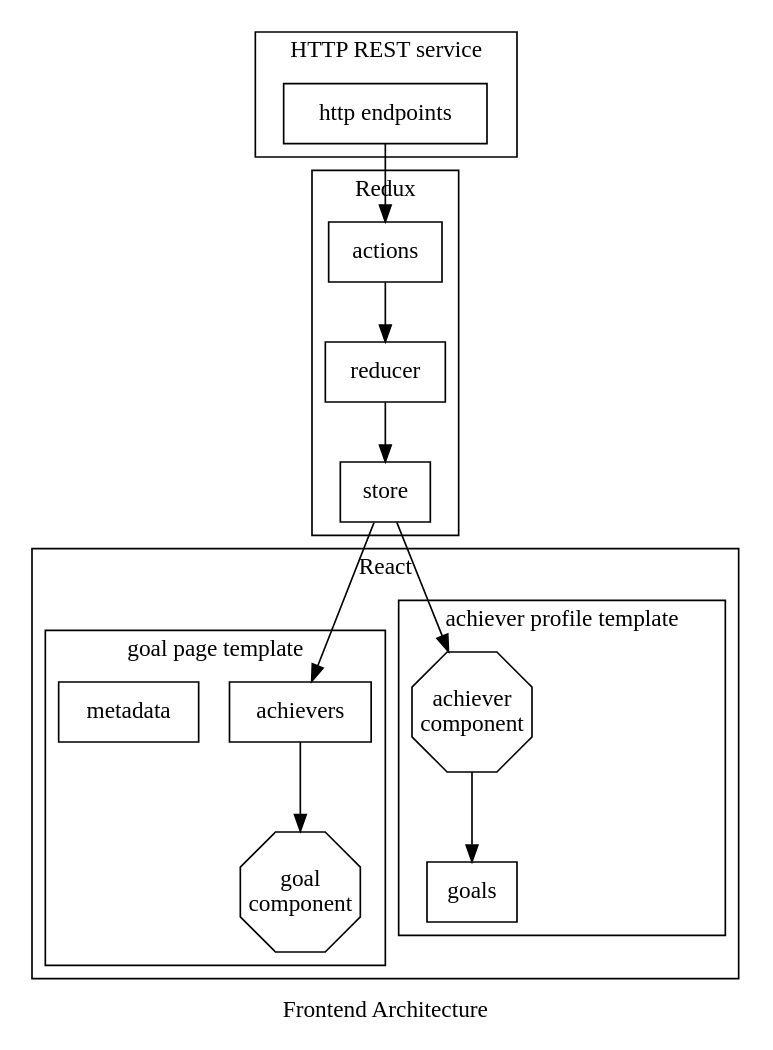
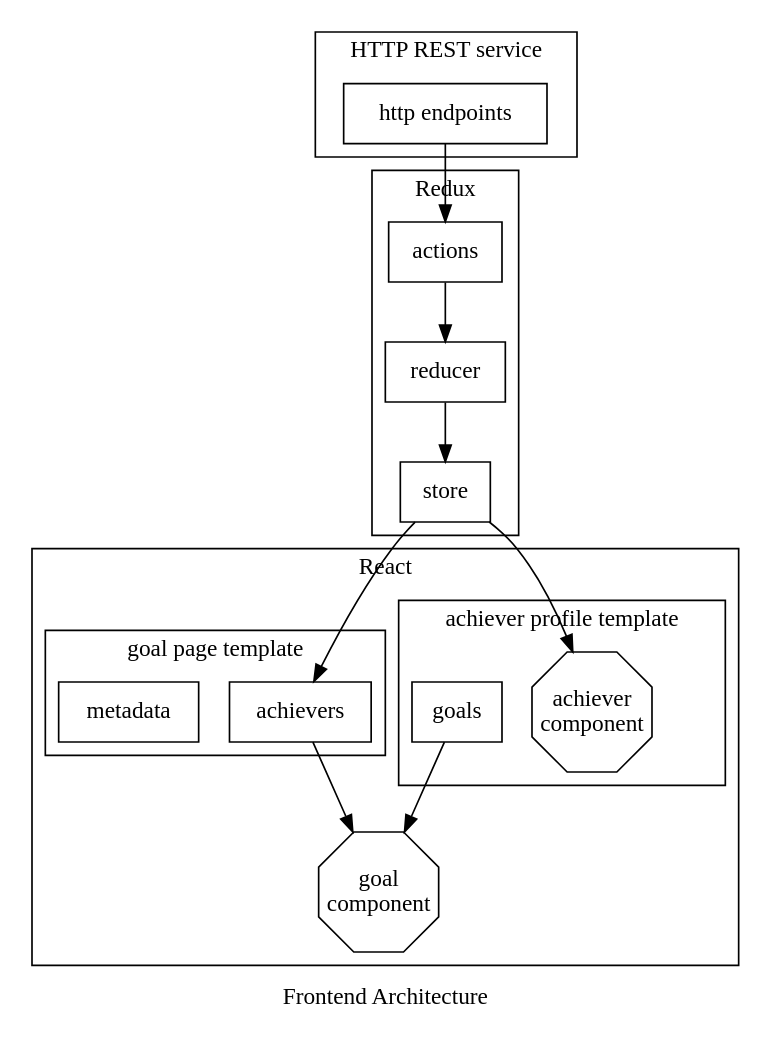
Before and after one commit to emerson-argueta/postgres-react-golang-template: the diagram in design/frontend/architecture.dot, drawn with Graphviz.

Commit message:
modified goal component

```diff
--- a/design/frontend/architecture.dot
+++ b/design/frontend/architecture.dot
@@ -1,57 +1,60 @@
 digraph architecture{
     label="Frontend Architecture"
     
     subgraph cluster_react_views{
         label="React"
         compound=true
         achiever_component[
             label="achiever\n component",
             shape="polygon",
             sides=8,
             fixedsize=true,
             width="1"
             height="1"
         ]
 
         goal_component[
             label="goal\n component",
             shape="polygon",
             sides=8,
             fixedsize=true,
             width="1"
             height="1"
         ]
 
         subgraph cluster_achiever_profile{
             label="achiever profile template"
             goals[shape="rectangle"]
-            achiever_component->goals
+            achiever_component
+            goals
         }
 
         subgraph cluster_goal_page{
             label="goal page template"
             
             achievers[shape="rectangle"]
 
             metadata[label="metadata",shape="rectangle"]
-            achievers->goal_component
+            achievers
         }    
     }
 
     subgraph cluster_redux{
         label="Redux"
         store[shape="rectangle"]
         actions[shape="rectangle"]
         reducer[shape="rectangle"]
         actions->reducer->store
     }
     subgraph cluster_rest_api_interface{
         label="HTTP REST service"
         httpendpoints[shape="rectangle",label="http endpoints"]
     }
     httpendpoints->actions
     store->{
         achievers
         achiever_component
     }
+    achievers->goal_component
+    goals->goal_component
 }
```
